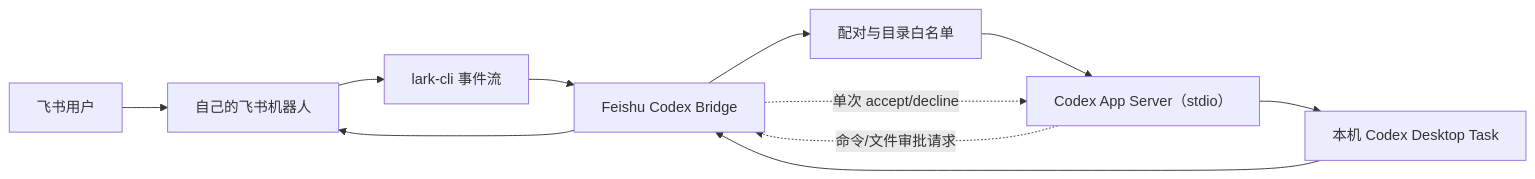
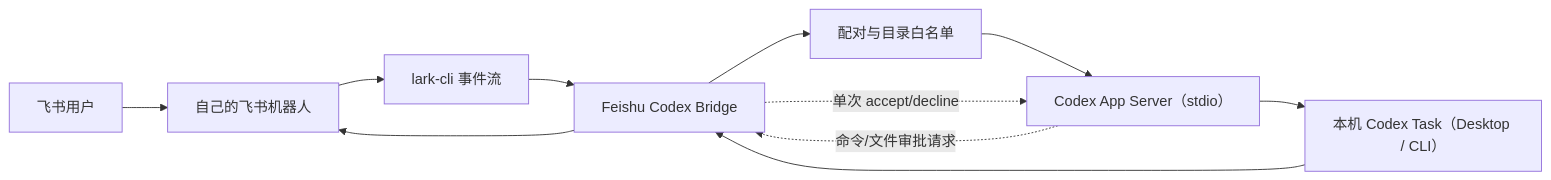
Before and after one commit to tianniansz/feishu-codex-bridge: the diagram in docs/ARCHITECTURE.md, drawn with Mermaid. The commit also changed other lines of this file and 24 other files, not shown here.

````diff
--- a/docs/ARCHITECTURE.md
+++ b/docs/ARCHITECTURE.md
@@ -7,13 +7,13 @@
 ```mermaid
 flowchart LR
   U["飞书用户"] --> B["自己的飞书机器人"]
   B --> L["lark-cli 事件流"]
   L --> G["Feishu Codex Bridge"]
   G --> A["配对与目录白名单"]
   A --> C["Codex App Server（stdio）"]
-  C --> T["本机 Codex Desktop Task"]
+  C --> T["本机 Codex Task（Desktop / CLI）"]
   T --> G
   C -. "命令/文件审批请求" .-> G
   G -. "单次 accept/decline" .-> C
   G --> B
 ```
````
